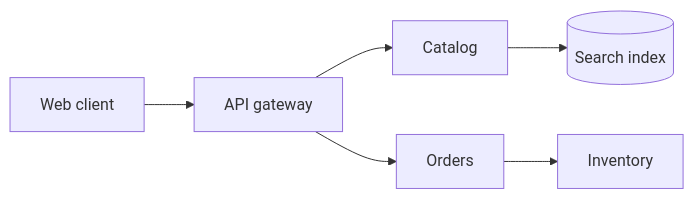
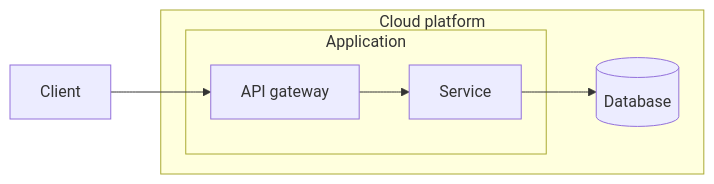
The diagram in README.md (crowecawcaw/mermaid-layout-tala), drawn with Mermaid before and after one commit. The commit also changed other lines of this file and 20 other files, not shown here.

````diff
--- a/README.md
+++ b/README.md
@@ -35,8 +24,10 @@
 ```mermaid
 flowchart LR
-  browser[Web client] --> gateway[API gateway]
-  gateway --> catalog[Catalog]
-  gateway --> orders[Orders]
-  catalog --> search[(Search index)]
-  orders --> inventory[Inventory]
+  client[Client] --> gateway[API gateway]
+  subgraph cloud[Cloud platform]
+    subgraph app[Application]
+      gateway --> service[Service]
+    end
+    service --> database[(Database)]
+  end
 ```
````
